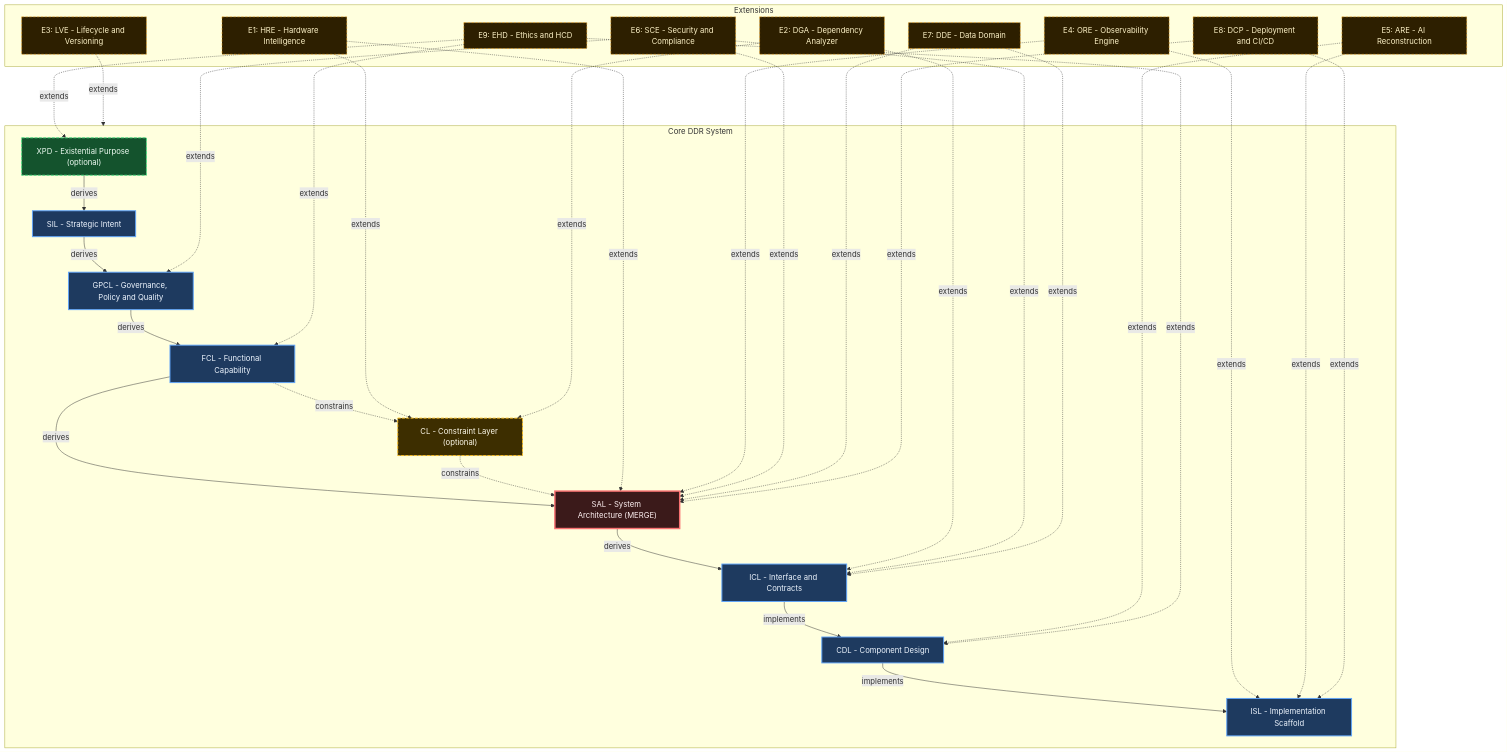
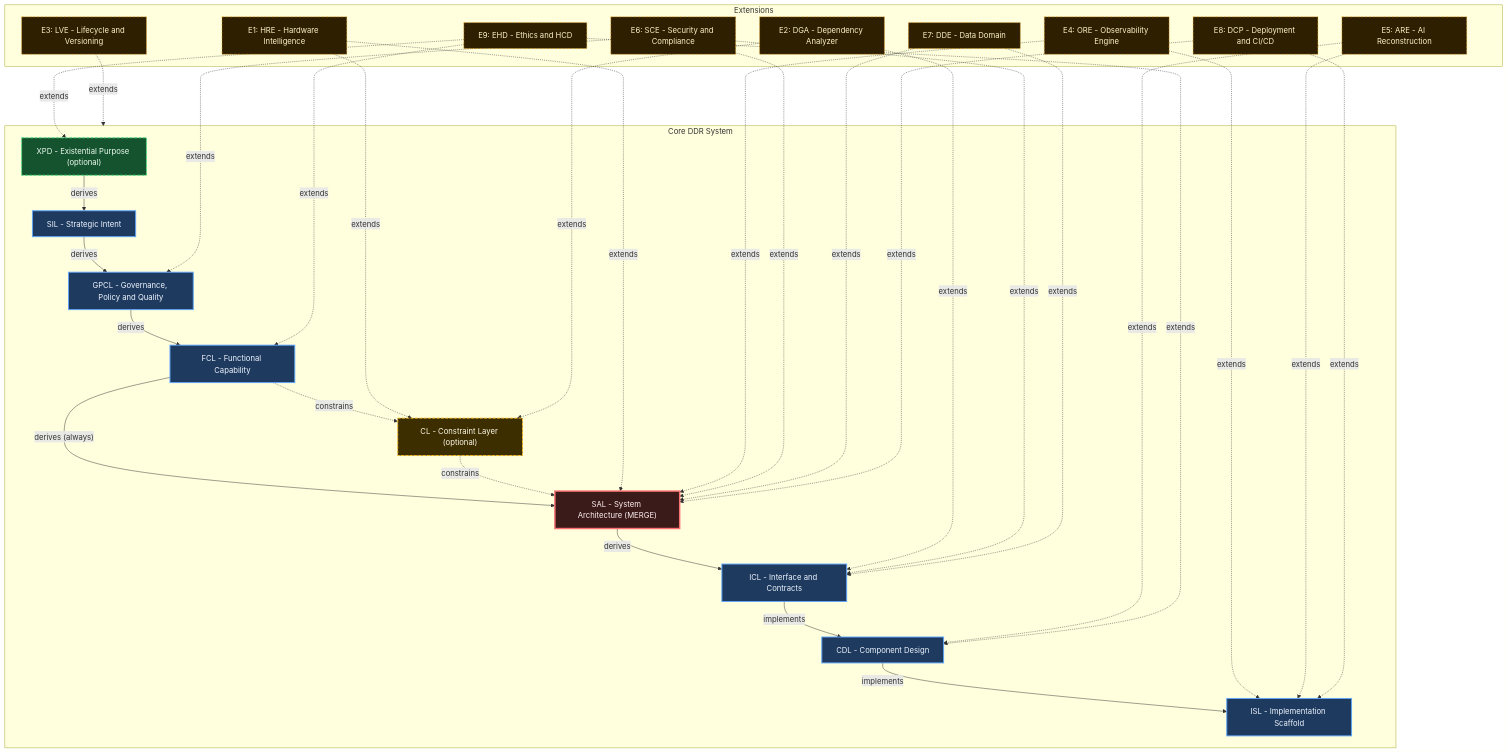
One commit to formosa/Antigravity changed the diagram in .agent/assets/proposals/future/DDR System(Opus_v4).md. Above: the diagram before and after it, drawn with Mermaid. The commit also changed other lines of this file, not shown here.

````diff
--- a/.agent/assets/proposals/future/DDR System(Opus_v4).md
+++ b/.agent/assets/proposals/future/DDR System(Opus_v4).md
@@ -689,62 +701,62 @@
 ```mermaid
 flowchart TD
     classDef core fill:#1e3a5f,stroke:#60a5fa,stroke-width:2px,color:#eff6ff
     classDef opt fill:#14532d,stroke:#4ade80,stroke-width:2px,color:#f0fdf4,stroke-dasharray:6 3
     classDef constr fill:#3d2e00,stroke:#fbbf24,stroke-width:2px,color:#fffbeb,stroke-dasharray:6 3
     classDef arch fill:#3b1a1a,stroke:#f87171,stroke-width:3px,color:#fff1f2
     classDef ext fill:#2d1f00,stroke:#f59e0b,stroke-width:1px,color:#fef3c7,stroke-dasharray:5 3
 
     subgraph CORE["Core DDR System"]
         XPD["XPD - Existential Purpose (optional)"]:::opt
         SIL["SIL - Strategic Intent"]:::core
         GPCL["GPCL - Governance, Policy and Quality"]:::core
         FCL["FCL - Functional Capability"]:::core
         CL["CL - Constraint Layer (optional)"]:::constr
         SAL["SAL - System Architecture (MERGE)"]:::arch
         ICL["ICL - Interface and Contracts"]:::core
         CDL["CDL - Component Design"]:::core
         ISL["ISL - Implementation Scaffold"]:::core
     end
 
     subgraph EXTENSIONS["Extensions"]
         HRE["E1: HRE - Hardware Intelligence"]:::ext
         DGA["E2: DGA - Dependency Analyzer"]:::ext
         LVE["E3: LVE - Lifecycle and Versioning"]:::ext
         ORE["E4: ORE - Observability Engine"]:::ext
         ARE["E5: ARE - AI Reconstruction"]:::ext
         SCE["E6: SCE - Security and Compliance"]:::ext
         DDE["E7: DDE - Data Domain"]:::ext
         DCP["E8: DCP - Deployment and CI/CD"]:::ext
         EHD["E9: EHD - Ethics and HCD"]:::ext
     end
 
     XPD -->|derives| SIL
     SIL -->|derives| GPCL
     GPCL -->|derives| FCL
-    FCL -->|derives| SAL
+    FCL -->|"derives (always)"| SAL
     FCL -. constrains .-> CL
     CL -. constrains .-> SAL
     SAL -->|derives| ICL
     ICL -->|implements| CDL
     CDL -->|implements| ISL
 
     HRE -..->|extends| CL
     HRE -..->|extends| SAL
     DGA -..->|extends| CL
     DGA -..->|extends| ICL
     LVE -..->|extends| CORE
     ORE -..->|extends| ISL
     ORE -..->|extends| SAL
     ARE -..->|extends| ISL
     ARE -..->|extends| CDL
     SCE -..->|extends| GPCL
     SCE -..->|extends| SAL
     SCE -..->|extends| ICL
     DDE -..->|extends| ICL
     DDE -..->|extends| SAL
     DCP -..->|extends| ISL
     DCP -..->|extends| SAL
     EHD -..->|extends| FCL
     EHD -..->|extends| CDL
     EHD -..->|extends| XPD
 ```
````
